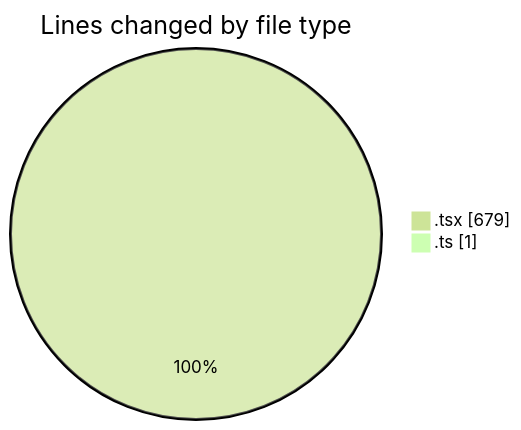
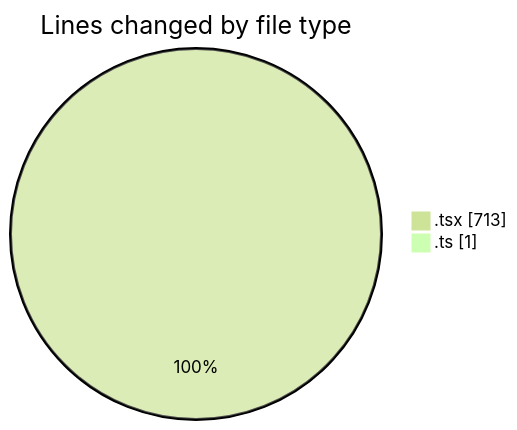
The first of 2 diagrams in 2025-03-08/mbc-web/README.md (robertbonfada/code-tracking), drawn with Mermaid (forest theme) before and after one commit. The commit also changed other lines of this file and 1 other file, not shown here.

````diff
--- a/2025-03-08/mbc-web/README.md
+++ b/2025-03-08/mbc-web/README.md
@@ -25,6 +25,6 @@
 ```mermaid
 pie showData
 title Lines changed by file type
-".tsx" : 679
+".tsx" : 713
 ".ts" : 1
 ```
````
